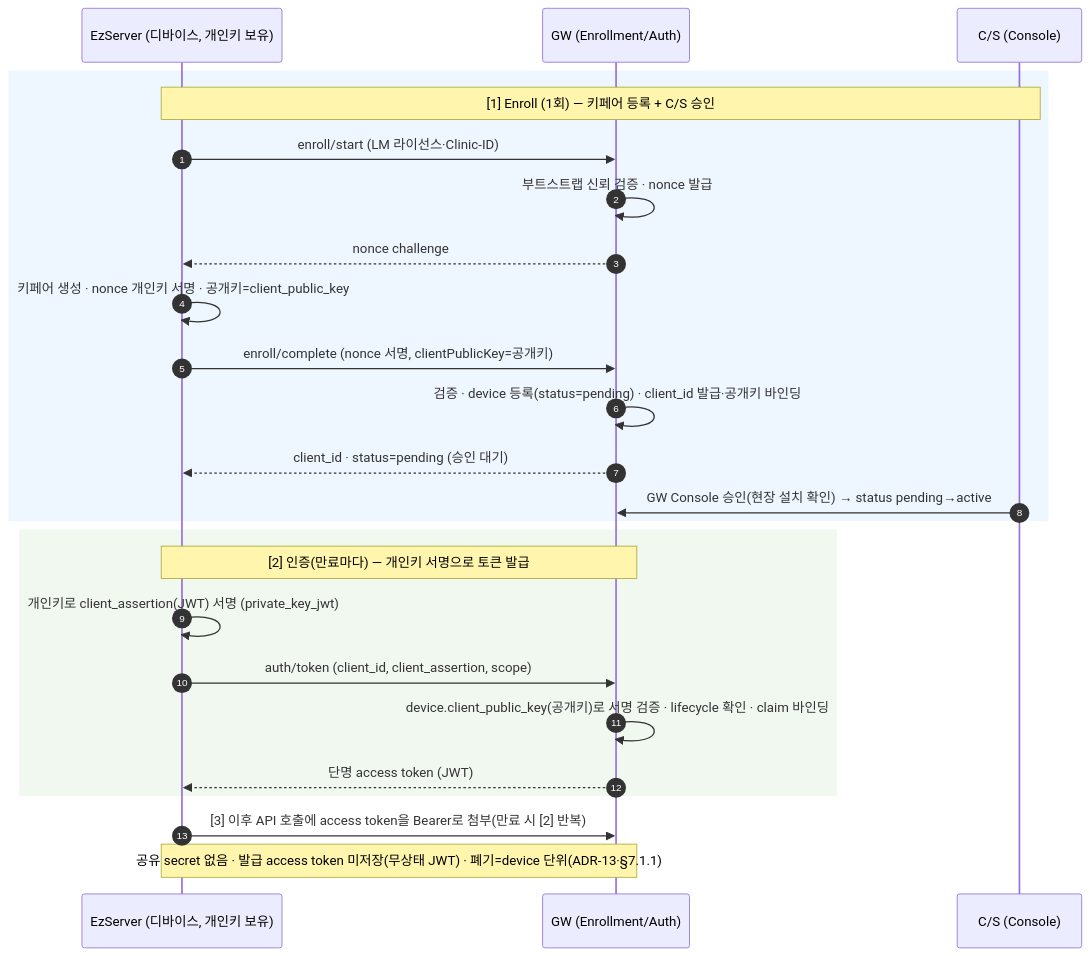
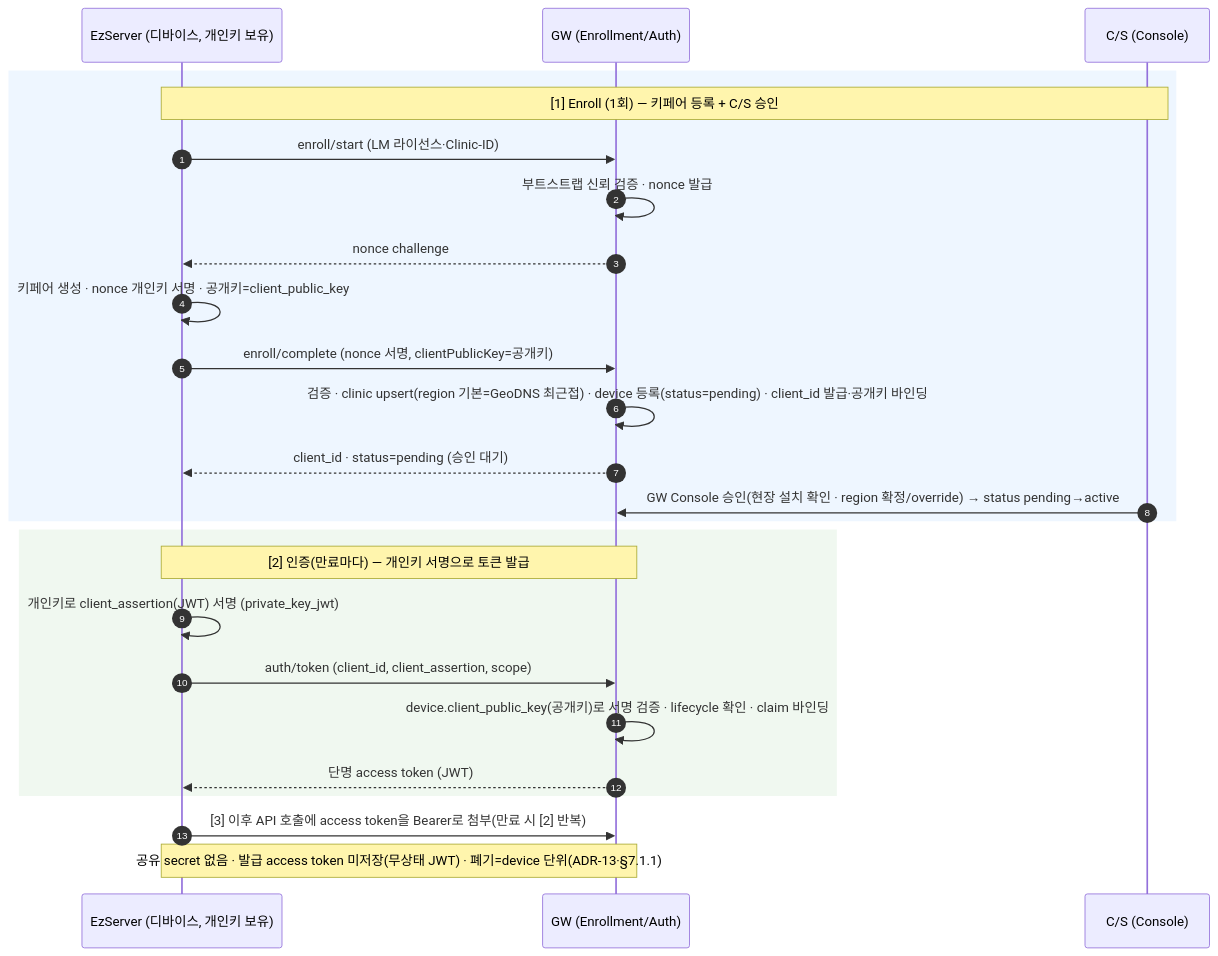
Before and after one commit to gracegyu/scp-architecture: the first of 2 diagrams in docs/VT_API_Gateway/08.VT_API_Gateway/VT API Gateway — ARD (아키텍처).md, drawn with Mermaid. The commit also changed other lines of this file and 5 other files, not shown here.

Commit message:
문서 업데이트: VT API Gateway의 SRS 문서에서 클리닉 등록 및 디바이스 enrollment 프로세스를 통합하여 초기 region을 GeoDNS 기반으로 확립하고, C/S 승인 절차를 명확히 하였습니다. 또한, 관련 DBML 및 OpenAPI 문서에서 클리닉 관리 및 리전 등록/변경에 대한 설명을 보강하여 시스템의 일관성을 강화하였습니다.

````diff
--- a/docs/VT_API_Gateway/08.VT_API_Gateway/VT API Gateway — ARD (아키텍처).md
+++ b/docs/VT_API_Gateway/08.VT_API_Gateway/VT API Gateway — ARD (아키텍처).md
@@ -140,27 +141,27 @@
 ```mermaid
 sequenceDiagram
     autonumber
     participant D as EzServer (디바이스, 개인키 보유)
     participant GW as GW (Enrollment/Auth)
     participant CS as C/S (Console)
     rect rgb(238,246,255)
     Note over D,CS: [1] Enroll (1회) — 키페어 등록 + C/S 승인
     D->>GW: enroll/start (LM 라이선스·Clinic-ID)
     GW->>GW: 부트스트랩 신뢰 검증 · nonce 발급
     GW-->>D: nonce challenge
     D->>D: 키페어 생성 · nonce 개인키 서명 · 공개키=client_public_key
     D->>GW: enroll/complete (nonce 서명, clientPublicKey=공개키)
-    GW->>GW: 검증 · device 등록(status=pending) · client_id 발급·공개키 바인딩
+    GW->>GW: 검증 · clinic upsert(region 기본=GeoDNS 최근접) · device 등록(status=pending) · client_id 발급·공개키 바인딩
     GW-->>D: client_id · status=pending (승인 대기)
-    CS->>GW: GW Console 승인(현장 설치 확인) → status pending→active
+    CS->>GW: GW Console 승인(현장 설치 확인 · region 확정/override) → status pending→active
     end
     rect rgb(240,248,240)
     Note over D,GW: [2] 인증(만료마다) — 개인키 서명으로 토큰 발급
     D->>D: 개인키로 client_assertion(JWT) 서명 (private_key_jwt)
     D->>GW: auth/token (client_id, client_assertion, scope)
     GW->>GW: device.client_public_key(공개키)로 서명 검증 · lifecycle 확인 · claim 바인딩
     GW-->>D: 단명 access token (JWT)
     end
     D->>GW: [3] 이후 API 호출에 access token을 Bearer로 첨부(만료 시 [2] 반복)
     Note over D,GW: 공유 secret 없음 · 발급 access token 미저장(무상태 JWT) · 폐기=device 단위(ADR-13·§7.1.1)
 ```
````
